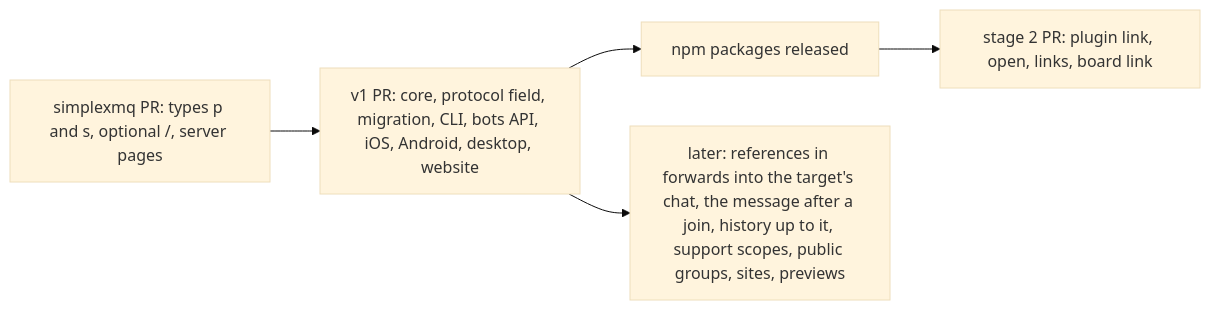
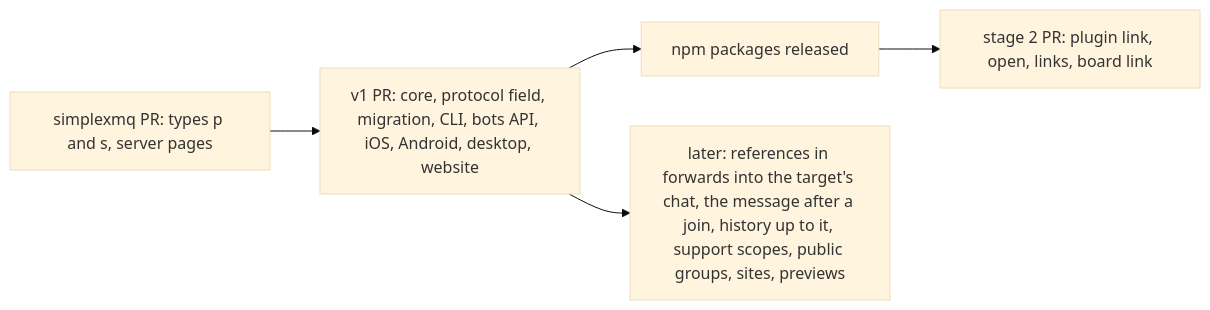
The seventh of 7 diagrams in plans/2026-11-22-message-references.md (evgeny-simplex/simplex-chat), drawn with Mermaid (base theme) before and after one commit. The commit also changed other lines of this file, not shown here.

Commit message:
core: recommend one simplex:/ form for message links

````diff
--- a/plans/2026-11-22-message-references.md
+++ b/plans/2026-11-22-message-references.md
@@ -615,7 +620,7 @@
 ```mermaid
 flowchart LR
-  S0["simplexmq PR: types p and s, optional /, server pages"] --> S1["v1 PR: core, protocol field, migration, CLI, bots API, iOS, Android, desktop, website"]
+  S0["simplexmq PR: types p and s, server pages"] --> S1["v1 PR: core, protocol field, migration, CLI, bots API, iOS, Android, desktop, website"]
   S1 --> R["npm packages released"]
   R --> S2["stage 2 PR: plugin link, open, links, board link"]
   S1 --> S3["later: references in forwards into the target's chat, the message after a join, history up to it, support scopes, public groups, sites, previews"]
 ```
````
